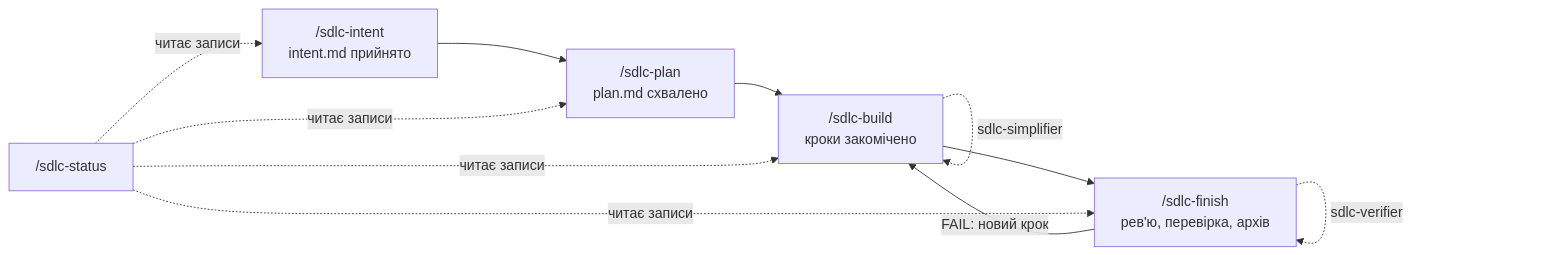
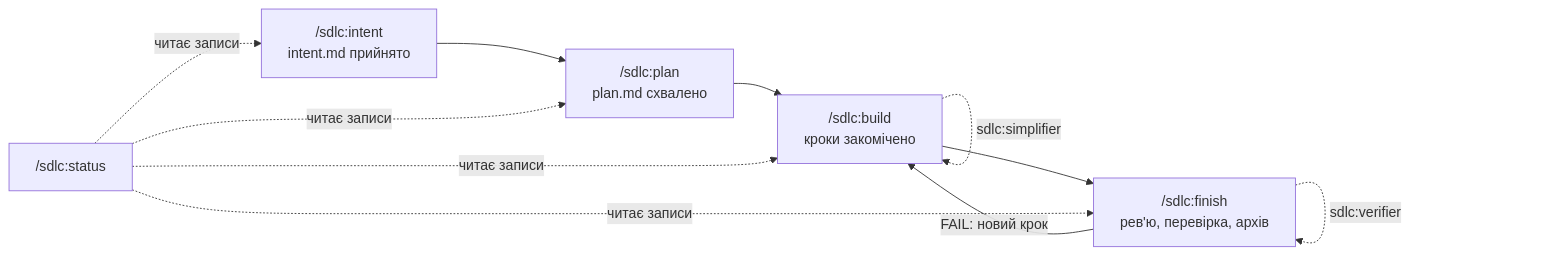
One commit to 3meyc/agent-kit changed the diagram in plugins/sdlc/README.uk.md. Above: the diagram before and after it, drawn with Mermaid. The commit also changed other lines of this file and 44 other files, not shown here.

````diff
--- a/plugins/sdlc/README.uk.md
+++ b/plugins/sdlc/README.uk.md
@@ -18,10 +18,10 @@
 ```mermaid
 flowchart LR
-  I["/sdlc-intent<br/>intent.md прийнято"] --> P["/sdlc-plan<br/>plan.md схвалено"]
-  P --> B["/sdlc-build<br/>кроки закомічено"]
-  B -. "sdlc-simplifier" .-> B
-  B --> F["/sdlc-finish<br/>рев'ю, перевірка, архів"]
-  F -. "sdlc-verifier" .-> F
+  I["/sdlc:intent<br/>intent.md прийнято"] --> P["/sdlc:plan<br/>plan.md схвалено"]
+  P --> B["/sdlc:build<br/>кроки закомічено"]
+  B -. "sdlc:simplifier" .-> B
+  B --> F["/sdlc:finish<br/>рев'ю, перевірка, архів"]
+  F -. "sdlc:verifier" .-> F
   F -- "FAIL: новий крок" --> B
-  S["/sdlc-status"] -. "читає записи" .-> I & P & B & F
+  S["/sdlc:status"] -. "читає записи" .-> I & P & B & F
 ```
````
